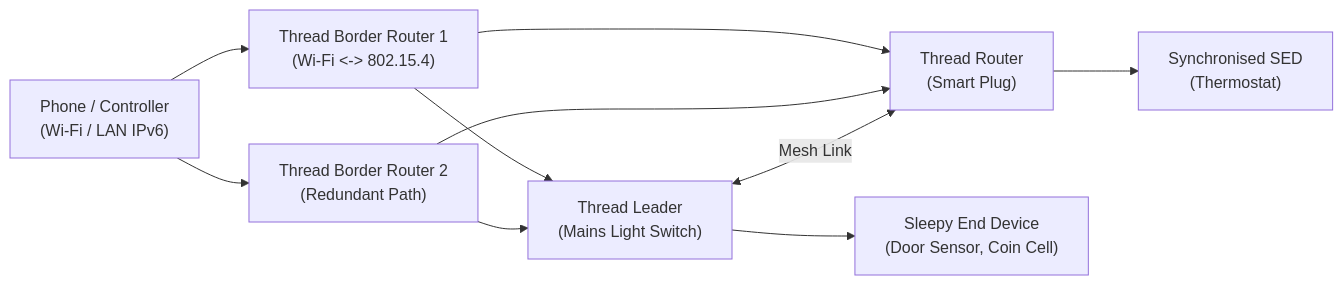
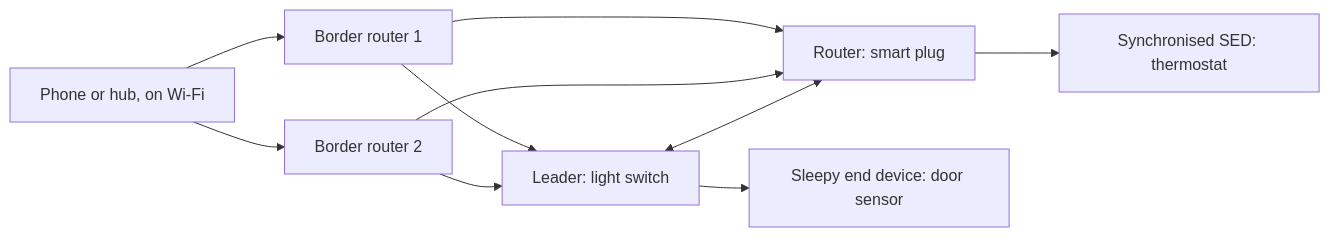
Before and after one commit to markbac/posters: the diagram in posters/iot/connectivity/matter-thread.md, drawn with Mermaid. The commit also changed other lines of this file and 57 other files, not shown here.

````diff
--- a/posters/iot/connectivity/matter-thread.md
+++ b/posters/iot/connectivity/matter-thread.md
@@ -60,10 +50,10 @@
 ```mermaid
 flowchart LR
-  Phone["Phone / Controller\n(Wi-Fi / LAN IPv6)"] --> BR1["Thread Border Router 1\n(Wi-Fi <-> 802.15.4)"]
-  Phone --> BR2["Thread Border Router 2\n(Redundant Path)"]
-  BR1 & BR2 --> R1["Thread Leader\n(Mains Light Switch)"]
-  BR1 & BR2 --> R2["Thread Router\n(Smart Plug)"]
-  R1 <-->|"Mesh Link"| R2
-  R1 --> SED1["Sleepy End Device\n(Door Sensor, Coin Cell)"]
-  R2 --> SED2["Synchronised SED\n(Thermostat)"]
+  Phone["Phone or hub, on Wi-Fi"] --> BR1["Border router 1"]
+  Phone --> BR2["Border router 2"]
+  BR1 & BR2 --> R1["Leader: light switch"]
+  BR1 & BR2 --> R2["Router: smart plug"]
+  R1 <--> R2
+  R1 --> SED1["Sleepy end device: door sensor"]
+  R2 --> SED2["Synchronised SED: thermostat"]
 ```
````
